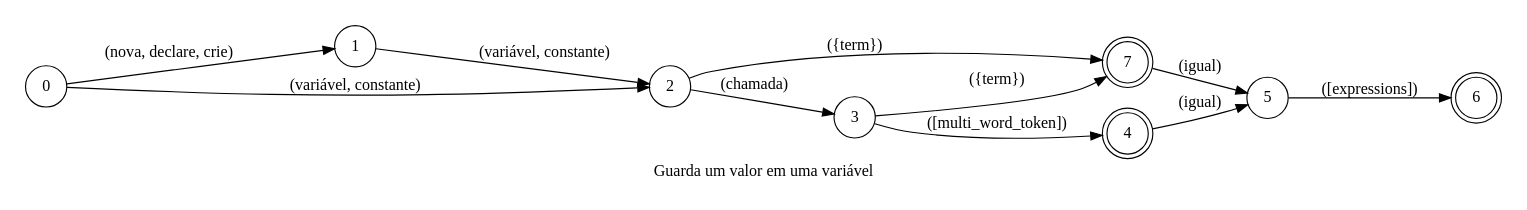
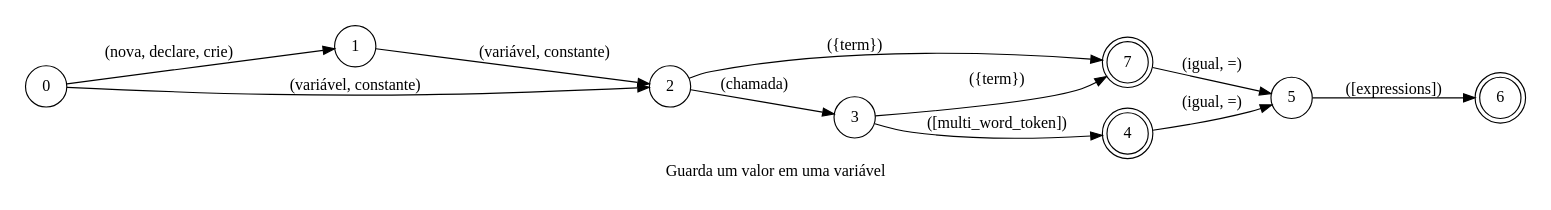
Before and after one commit to pedrooaugusto/speech-to-code: the diagram in spoken/src/modules/typescript/variable_assignment/phrase_pt-BR.dot, drawn with Graphviz. The commit also changed 19 other files, not shown here.

```diff
--- a/spoken/src/modules/typescript/variable_assignment/phrase_pt-BR.dot
+++ b/spoken/src/modules/typescript/variable_assignment/phrase_pt-BR.dot
@@ -1,21 +1,21 @@
 digraph variable_assignment {
     id="variable_assignment";
     label="Guarda um valor em uma variável";
     lang="pt-BR";
     langName="Português";
     pad="0.2";
     rankdir=LR;
     node[shape=doublecircle]; 4 6 7;
     node[shape=circle];
 
     0 -> 1 [label="(nova, declare, crie)", store=isNew, normalizer=boolean];
     {1 0} -> 2 [label="(variável, constante)", store=memType];
     2 -> 3 [label="(chamada)"];
     3 -> 4 [label="([multi_word_token])", store=varName, extraArgs="{\"case\": \"camel\"}"];
     {2 3} -> 7 [label="({term})", store=varName];
-    {4 7} -> 5 [label="(igual)"];
+    {4 7} -> 5 [label="(igual, =)"];
     5 -> 6 [label="([expressions])", store=expression];
 
     title="Guarda um valor em uma variável";
     desc="Guarda um valor, inteiro, texto e etc em uma variável";
 }
```
